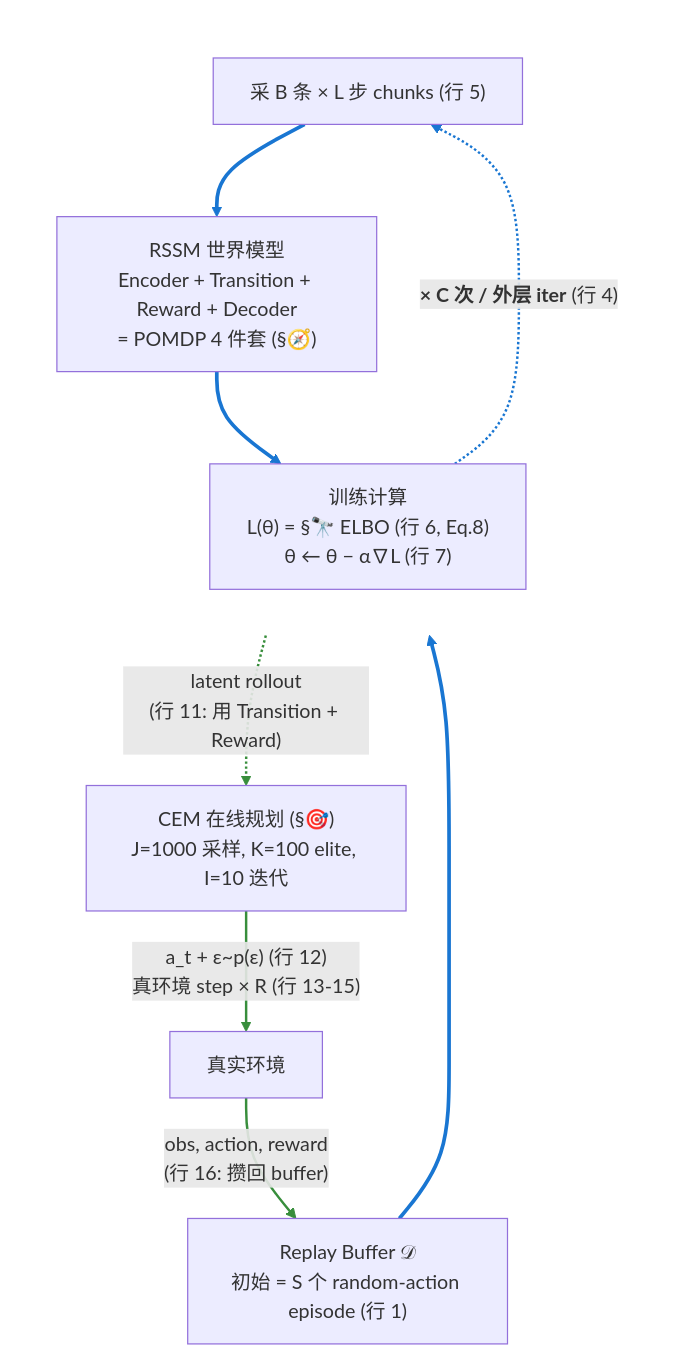
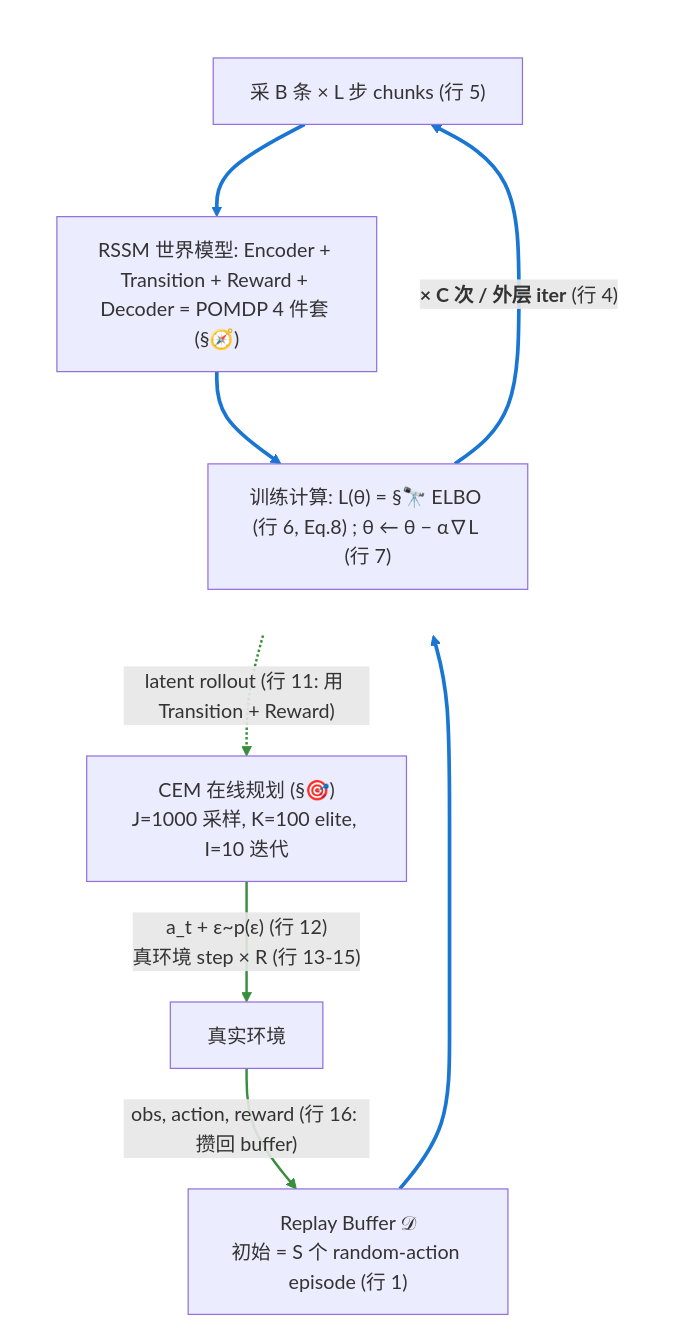
One commit to jinxinzhou/world-model-study changed the seventh of 7 diagrams in World-Model-学习笔记.md. Above: the diagram before and after it, drawn with Mermaid. The commit also changed other lines of this file and 1 other file, not shown here.

Commit message:
docs: single-line labels, solid back-edge, retune image height
Three tweaks to the side-by-side bird's-eye / Algorithm 1 panel:

1. Collapse multi-line labels onto a single line each for a tighter,
   cleaner look (each node and edge label now fits on one row):
   - RSSM World Model: ... = POMDP 4-tuple (...)
   - Training step: L(theta) = ... ; theta <- theta - alpha * gradL
   - 'obs, action, reward (line 16: append to buffer)'
   - 'latent rollout (line 11, uses Transition + Reward)'

2. Change the blue C-iter back-edge (Train -> Sample) from dashed
   to solid. With the C-iter loop now a normal solid arrow, the
   'A · Model fitting' phase is uniformly solid blue, and the only
   dashed edge is the green latent rollout.

3. Shrink the Algorithm 1 image height from 850px down to 720px to
   better match the now-shorter mermaid (single-line labels reduce
   each node's height).

Update the color key to drop the 'blue dashed' bullet.

````diff
--- a/World-Model-学习笔记.md
+++ b/World-Model-学习笔记.md
@@ -2154,32 +2154,32 @@
 ```mermaid
 flowchart TD
     Env["真实环境"]
     Buffer["Replay Buffer 𝒟<br/>初始 = S 个 random-action episode (行 1)"]
 
     subgraph A_phase [" "]
         direction TB
         Sample["采 B 条 × L 步 chunks (行 5)"]
-        RSSM["RSSM 世界模型<br/>Encoder + Transition + Reward + Decoder<br/>= POMDP 4 件套 (§🧭)"]
-        Train["训练计算<br/>L(θ) = §🔭 ELBO (行 6, Eq.8)<br/>θ ← θ − α∇L (行 7)"]
-        Train -.->|"<b>× C 次 / 外层 iter</b> (行 4)"| Sample
+        RSSM["RSSM 世界模型: Encoder + Transition + Reward + Decoder = POMDP 4 件套 (§🧭)"]
+        Train["训练计算: L(θ) = §🔭 ELBO (行 6, Eq.8) ; θ ← θ − α∇L (行 7)"]
+        Train -->|"<b>× C 次 / 外层 iter</b> (行 4)"| Sample
         Sample --> RSSM
         RSSM --> Train
     end
 
     CEM["CEM 在线规划 (§🎯)<br/>J=1000 采样, K=100 elite, I=10 迭代"]
 
-    Env -->|"obs, action, reward<br/>(行 16: 攒回 buffer)"| Buffer
+    Env -->|"obs, action, reward (行 16: 攒回 buffer)"| Buffer
     Buffer --> Sample
-    RSSM -.->|"latent rollout<br/>(行 11: 用 Transition + Reward)"| CEM
+    RSSM -.->|"latent rollout (行 11: 用 Transition + Reward)"| CEM
     CEM -->|"a_t + ε~p(ε) (行 12)<br/>真环境 step × R (行 13-15)"| Env
 
     style A_phase fill:transparent,stroke:transparent
 
-    linkStyle 0 stroke:#1976d2,stroke-width:2px
+    linkStyle 0 stroke:#1976d2,stroke-width:3px
     linkStyle 1 stroke:#1976d2,stroke-width:3px
     linkStyle 2 stroke:#1976d2,stroke-width:3px
     linkStyle 3 stroke:#388e3c,stroke-width:2px
     linkStyle 4 stroke:#1976d2,stroke-width:3px
     linkStyle 5 stroke:#388e3c,stroke-width:2px
     linkStyle 6 stroke:#388e3c,stroke-width:2px
 ```
````
